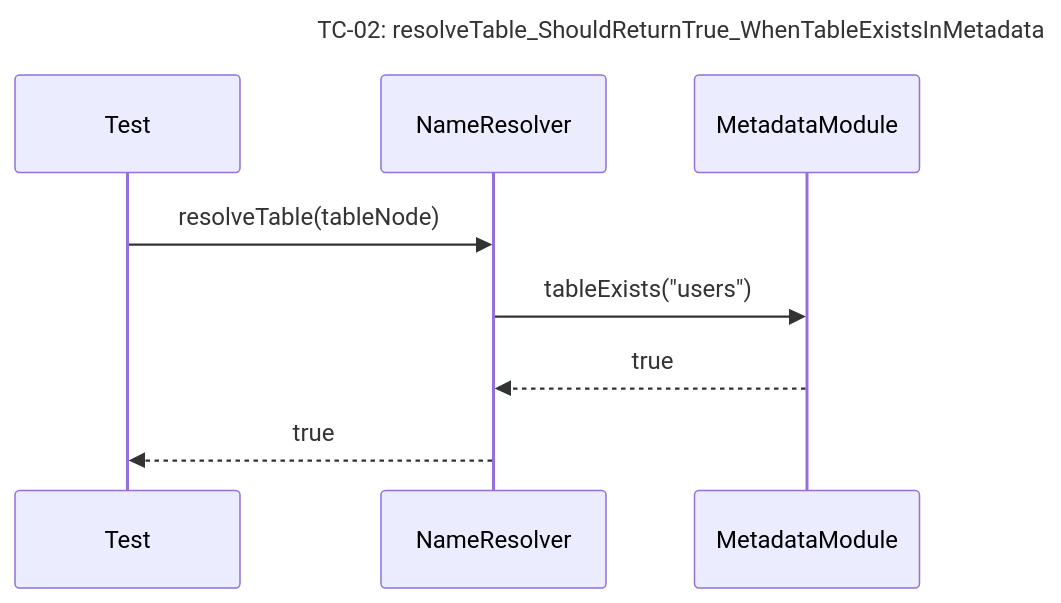
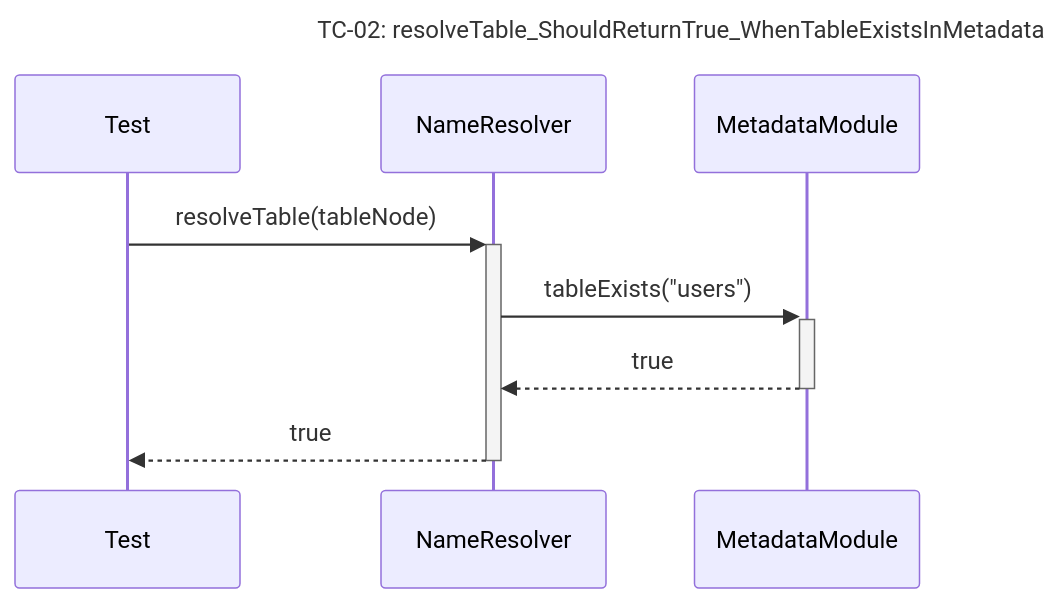
One commit to Dikhang1112/Database_Management_BBV changed the sixth of 30 diagrams in docs/unit_test/query_prossor/SequeceTestCase.md. Above: the diagram before and after it, drawn with Mermaid. The commit also changed other lines of this file and 12 other files, not shown here.

Commit message:
Refactor sequece diagram

````diff
--- a/docs/unit_test/query_prossor/SequeceTestCase.md
+++ b/docs/unit_test/query_prossor/SequeceTestCase.md
@@ -95,12 +96,12 @@
 ```mermaid
 sequenceDiagram
     title TC-02: resolveTable_ShouldReturnTrue_WhenTableExistsInMetadata
     participant Test
     participant NameResolver
     participant MetadataModule
 
-    Test->>NameResolver: resolveTable(tableNode)
-    NameResolver->>MetadataModule: tableExists("users")
-    MetadataModule-->>NameResolver: true
-    NameResolver-->>Test: true
+    Test->>+NameResolver: resolveTable(tableNode)
+    NameResolver->>+MetadataModule: tableExists("users")
+    MetadataModule-->>-NameResolver: true
+    NameResolver-->>-Test: true
 ```
````
